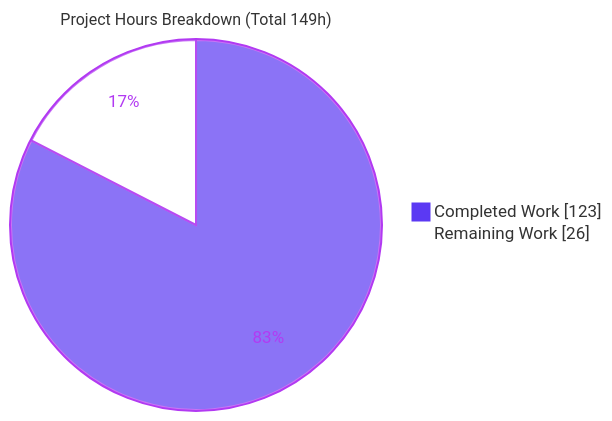
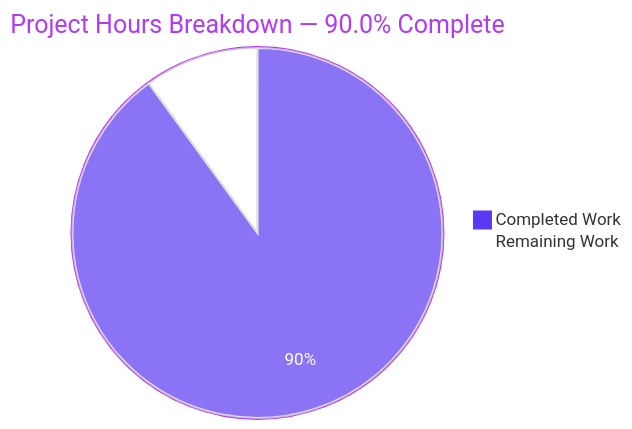
The second of 3 diagrams in blitzy/documentation/Project Guide.md (blitzy-public-samples/ardupilot-blitzy), drawn with Mermaid before and after one commit. The commit also changed other lines of this file, not shown here.

Commit message:
Adding Blitzy Project Guide: Project Status and Human Tasks Remaining

````diff
--- a/blitzy/documentation/Project Guide.md
+++ b/blitzy/documentation/Project Guide.md
@@ -276,6 +304,6 @@
 ```mermaid
-%%{init: {'theme':'base','themeVariables':{'pie1':'#5B39F3','pie2':'#FFFFFF','pieStrokeColor':'#B23AF2','pieOuterStrokeColor':'#B23AF2','pieStrokeWidth':'2px','pieSectionTextColor':'#B23AF2','pieTitleTextSize':'16px'}}}%%
-pie showData title Project Hours Breakdown (Total 149h)
-    "Completed Work" : 123
-    "Remaining Work" : 26
+%%{init: {'theme':'base','themeVariables':{'pie1':'#5B39F3','pie2':'#FFFFFF','pieStrokeColor':'#D9D9D9','pieOuterStrokeColor':'#B23AF2','pieSectionTextColor':'#FFFFFF','pieTitleTextColor':'#B23AF2','pieLegendTextColor':'#333333'}}}%%
+pie title Project Hours Breakdown — 90.0% Complete
+    "Completed Work" : 216
+    "Remaining Work" : 24
 ```
````
